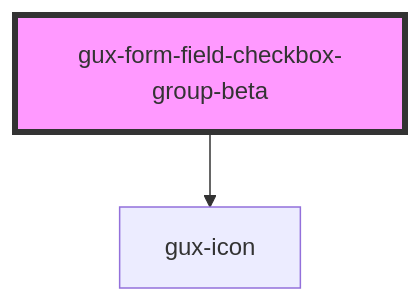
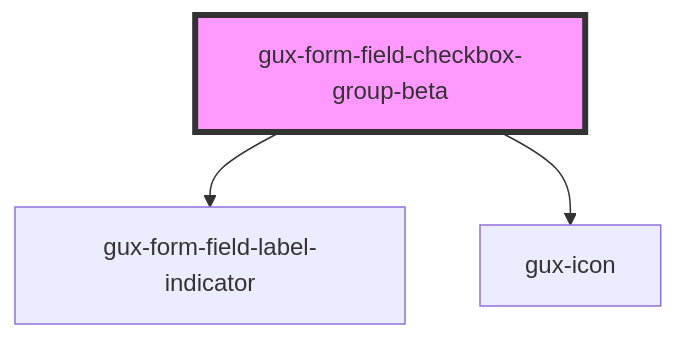
The diagram in packages/genesys-spark-components/src/components/stable/gux-form-field/components/gux-form-field-checkbox-group/readme.md (MyPureCloud/genesys-spark), drawn with Mermaid before and after one commit. The commit also changed other lines of this file and 8 other files, not shown here.

````diff
--- a/packages/genesys-spark-components/src/components/stable/gux-form-field/components/gux-form-field-checkbox-group/readme.md
+++ b/packages/genesys-spark-components/src/components/stable/gux-form-field/components/gux-form-field-checkbox-group/readme.md
@@ -32,5 +35,6 @@
 ```mermaid
 graph TD;
+  gux-form-field-checkbox-group-beta --> gux-form-field-label-indicator
   gux-form-field-checkbox-group-beta --> gux-icon
   style gux-form-field-checkbox-group-beta fill:#f9f,stroke:#333,stroke-width:4px
 ```
````
